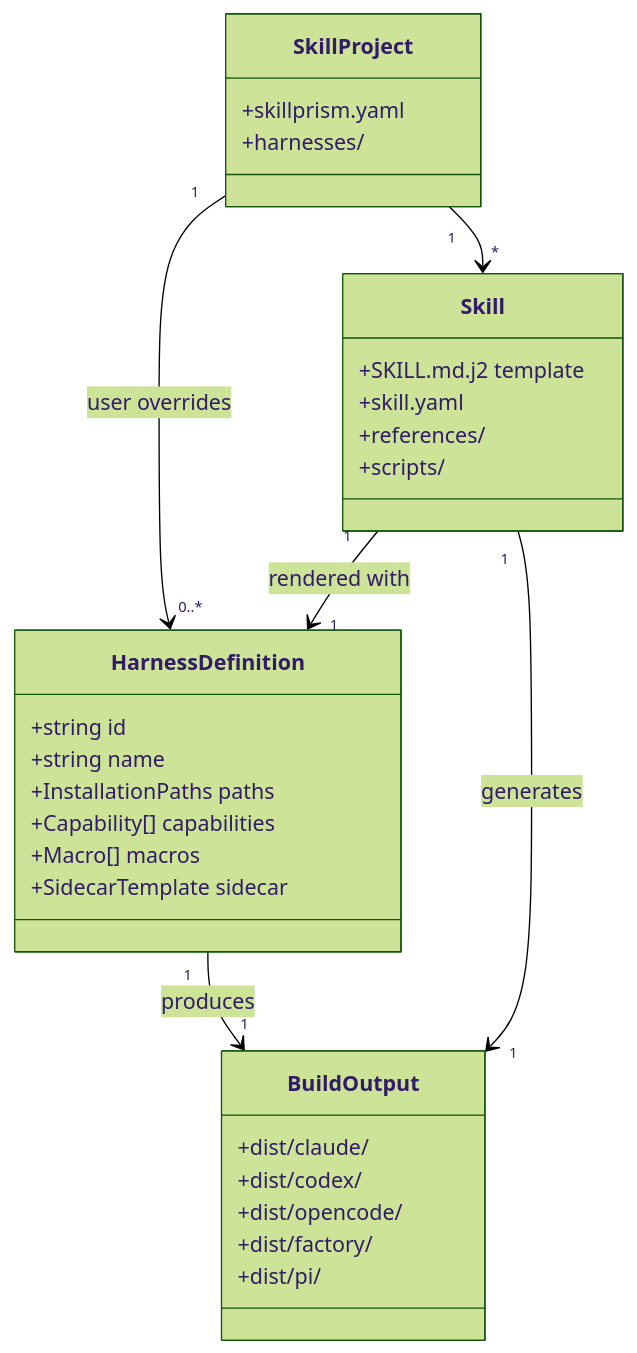
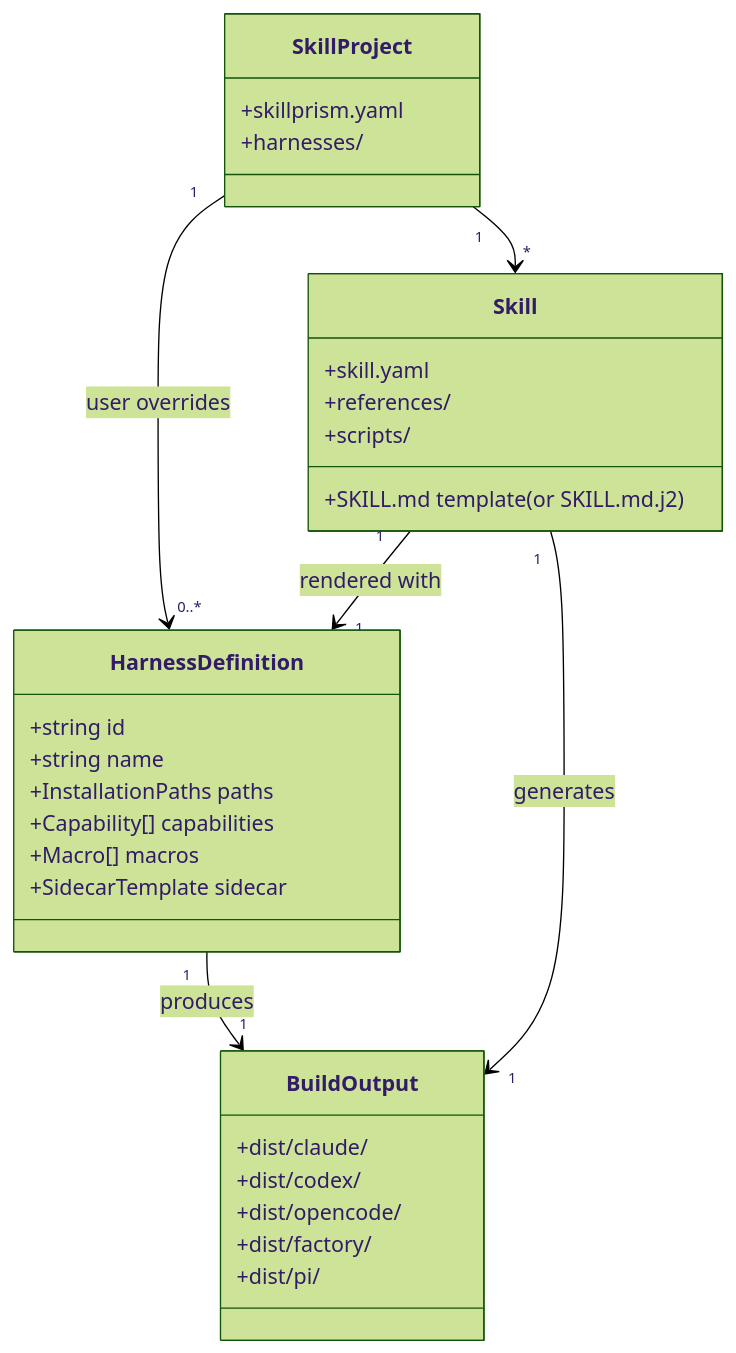
Before and after one commit to Tuvren/skillprism: the second of 2 diagrams in .constitution/prd/domain-model.md, drawn with Mermaid (forest theme). The commit also changed 34 other files, not shown here.

First line of the commit message:
Add examples/ project and fix the schema-to-render gaps it exposed (#14)

````diff
--- a/.constitution/prd/domain-model.md
+++ b/.constitution/prd/domain-model.md
@@ -33,37 +33,37 @@
 ```mermaid
 classDiagram
   class SkillProject {
     +skillprism.yaml
     +harnesses/
   }
 
   class Skill {
-    +SKILL.md.j2 template
+    +SKILL.md template (or SKILL.md.j2)
     +skill.yaml
     +references/
     +scripts/
   }
 
   class HarnessDefinition {
     +string id
     +string name
     +InstallationPaths paths
     +Capability[] capabilities
     +Macro[] macros
     +SidecarTemplate sidecar
   }
 
   class BuildOutput {
     +dist/claude/
     +dist/codex/
     +dist/opencode/
     +dist/factory/
     +dist/pi/
   }
 
   SkillProject "1" --> "*" Skill
   SkillProject "1" --> "0..*" HarnessDefinition : user overrides
   Skill "1" --> "1" HarnessDefinition : rendered with
   HarnessDefinition "1" --> "1" BuildOutput : produces
   Skill "1" --> "1" BuildOutput : generates
 ```
````
